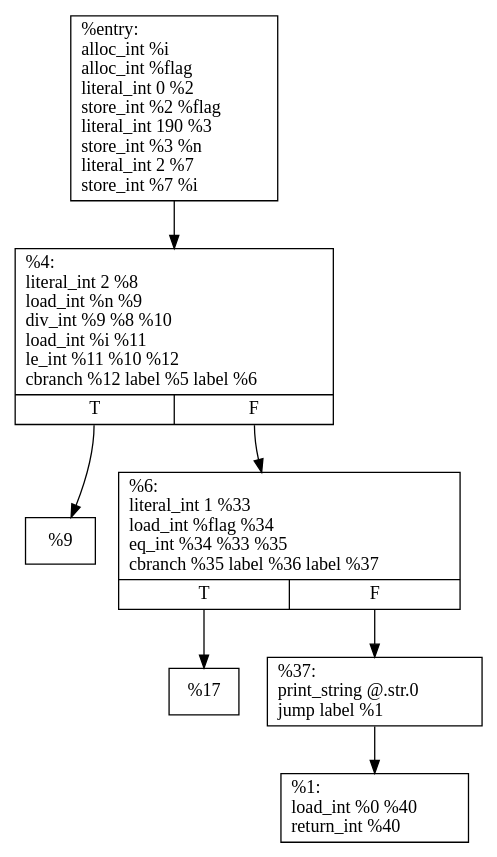
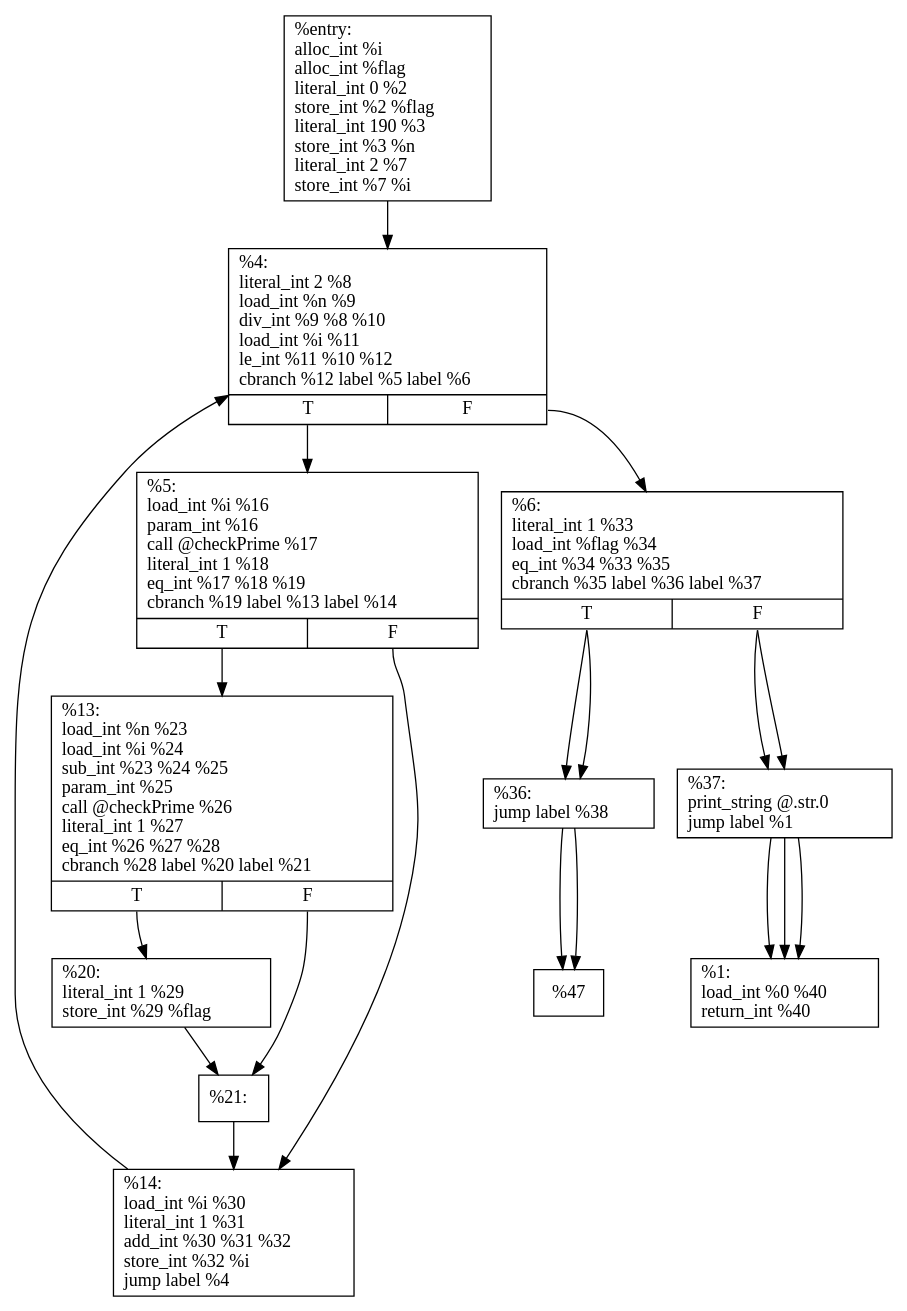
Before and after one commit to luizcartolano2/mc921-compiler-construction: the diagram in main.gv, drawn with Graphviz. The commit also changed 5 other files, not shown here.

```diff
--- a/main.gv
+++ b/main.gv
@@ -1,14 +1,37 @@
 digraph g {
 	node [shape=record]
 	"%entry" [label="{%entry:\l	  alloc_int %i \l	  alloc_int %flag \l	  literal_int 0 %2 \l	  store_int %2 %flag \l	  literal_int 190 %3 \l	  store_int %3 %n \l	  literal_int 2 %7 \l	  store_int %7 %i \l	}"]
 	"%entry" -> "%4"
 	"%4" [label="{%4:\l	  literal_int 2 %8 \l	  load_int %n %9 \l	  div_int %9 %8 %10 \l	  load_int %i %11 \l	  le_int %11 %10 %12 \l	  cbranch %12 label %5 label %6\l	|{<f0>T|<f1>F}}"]
 	"%4":f0 -> "%5"
 	"%4":f1 -> "%6"
+	"%5" [label="{%5:\l	  load_int %i %16 \l	  param_int %16 \l	  call @checkPrime %17 \l	  literal_int 1 %18 \l	  eq_int %17 %18 %19 \l	  cbranch %19 label %13 label %14\l	|{<f0>T|<f1>F}}"]
+	"%5":f0 -> "%13"
+	"%5":f1 -> "%14"
+	"%13" [label="{%13:\l	  load_int %n %23 \l	  load_int %i %24 \l	  sub_int %23 %24 %25 \l	  param_int %25 \l	  call @checkPrime %26 \l	  literal_int 1 %27 \l	  eq_int %26 %27 %28 \l	  cbranch %28 label %20 label %21\l	|{<f0>T|<f1>F}}"]
+	"%13":f0 -> "%20"
+	"%13":f1 -> "%21"
+	"%20" [label="{%20:\l	  literal_int 1 %29 \l	  store_int %29 %flag \l	}"]
+	"%20" -> "%21"
+	"%21" [label="{%21:\l	}"]
+	"%21" -> "%14"
+	"%14" [label="{%14:\l	  load_int %i %30 \l	  literal_int 1 %31 \l	  add_int %30 %31 %32 \l	  store_int %32 %i \l	  jump label %4\l	}"]
+	"%14" -> "%4"
 	"%6" [label="{%6:\l	  literal_int 1 %33 \l	  load_int %flag %34 \l	  eq_int %34 %33 %35 \l	  cbranch %35 label %36 label %37\l	|{<f0>T|<f1>F}}"]
 	"%6":f0 -> "%36"
 	"%6":f1 -> "%37"
+	"%36" [label="{%36:\l	  jump label %38\l	}"]
+	"%36" -> "%38"
+	"%37" [label="{%37:\l	  print_string @.str.0 \l	  jump label %1\l	}"]
+	"%37" -> "%1"
+	"%6" [label="{%6:\l	  literal_int 1 %33 \l	  load_int %flag %34 \l	  eq_int %34 %33 %35 \l	  cbranch %35 label %36 label %37\l	|{<f0>T|<f1>F}}"]
+	"%6":f0 -> "%36"
+	"%6":f1 -> "%37"
+	"%36" [label="{%36:\l	  jump label %38\l	}"]
+	"%36" -> "%38"
+	"%37" [label="{%37:\l	  print_string @.str.0 \l	  jump label %1\l	}"]
+	"%37" -> "%1"
 	"%37" [label="{%37:\l	  print_string @.str.0 \l	  jump label %1\l	}"]
 	"%37" -> "%1"
 	"%1" [label="{%1:\l	  load_int %0 %40 \l	  return_int %40\l	}"]
 }
```
